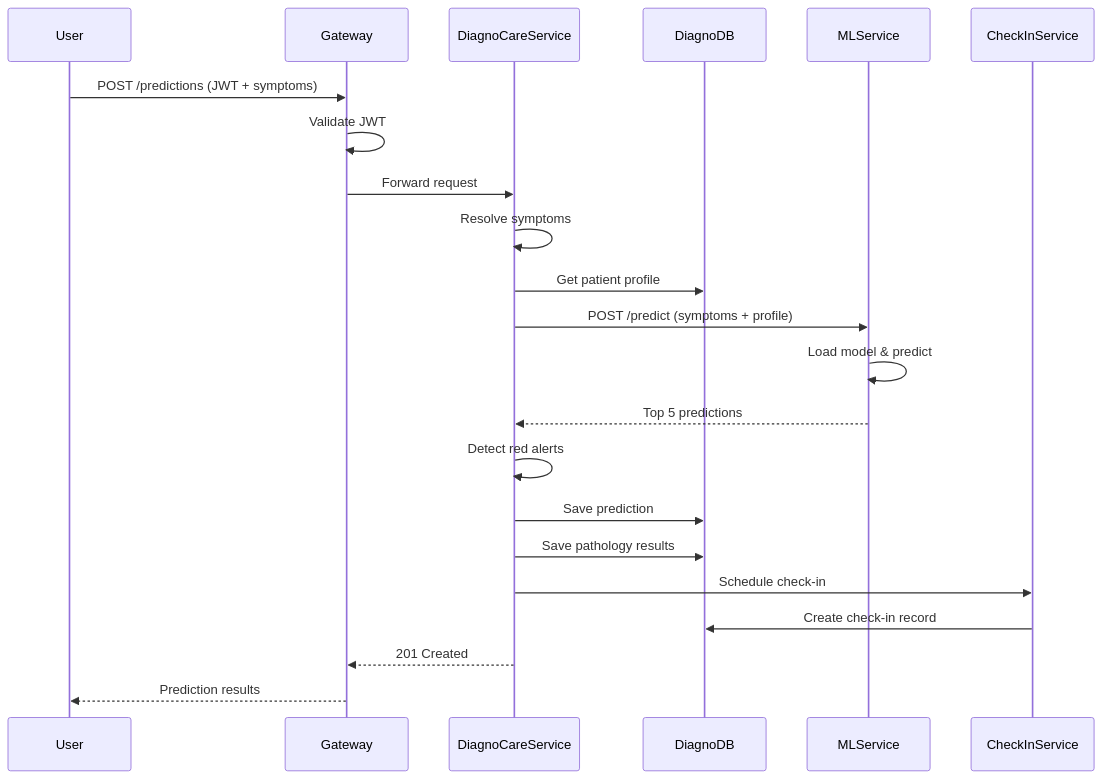
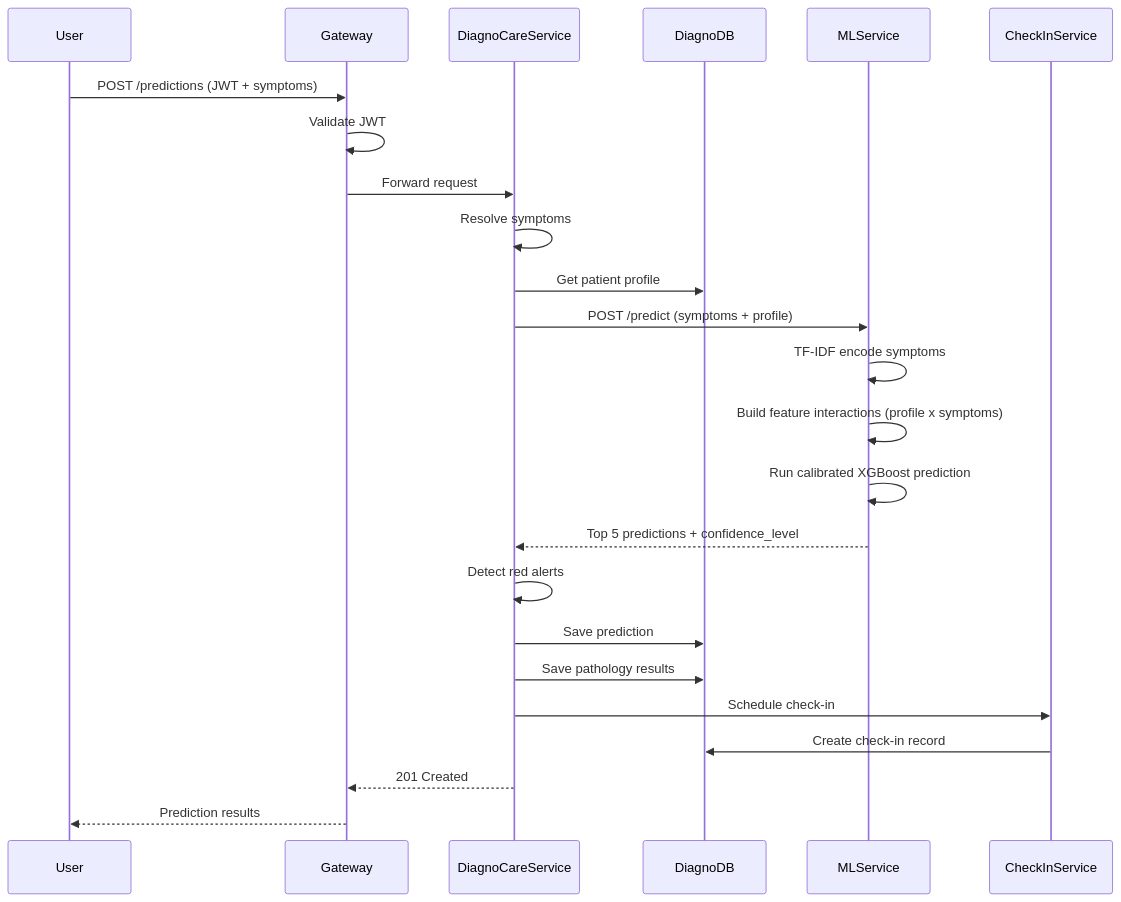
Before and after one commit to ousseynoukone/diagnocare-microservies-v2: the second of 5 diagrams in docs/technical-documentation/08-workflows.md, drawn with Mermaid. The commit also changed other lines of this file and 17 other files, not shown here.

First line of the commit message:
Enhance ML Prediction Service with TF-IDF encoding and XGBoost integration

````diff
--- a/docs/technical-documentation/08-workflows.md
+++ b/docs/technical-documentation/08-workflows.md
@@ -65,25 +65,27 @@
 ```mermaid
 sequenceDiagram
     participant User
     participant Gateway
     participant DiagnoCareService
     participant DiagnoDB
     participant MLService
     participant CheckInService
     
     User->>Gateway: POST /predictions (JWT + symptoms)
     Gateway->>Gateway: Validate JWT
     Gateway->>DiagnoCareService: Forward request
     DiagnoCareService->>DiagnoCareService: Resolve symptoms
     DiagnoCareService->>DiagnoDB: Get patient profile
     DiagnoCareService->>MLService: POST /predict (symptoms + profile)
-    MLService->>MLService: Load model & predict
-    MLService-->>DiagnoCareService: Top 5 predictions
+    MLService->>MLService: TF-IDF encode symptoms
+    MLService->>MLService: Build feature interactions (profile x symptoms)
+    MLService->>MLService: Run calibrated XGBoost prediction
+    MLService-->>DiagnoCareService: Top 5 predictions + confidence_level
     DiagnoCareService->>DiagnoCareService: Detect red alerts
     DiagnoCareService->>DiagnoDB: Save prediction
     DiagnoCareService->>DiagnoDB: Save pathology results
     DiagnoCareService->>CheckInService: Schedule check-in
     CheckInService->>DiagnoDB: Create check-in record
     DiagnoCareService-->>Gateway: 201 Created
     Gateway-->>User: Prediction results
 ```
````
